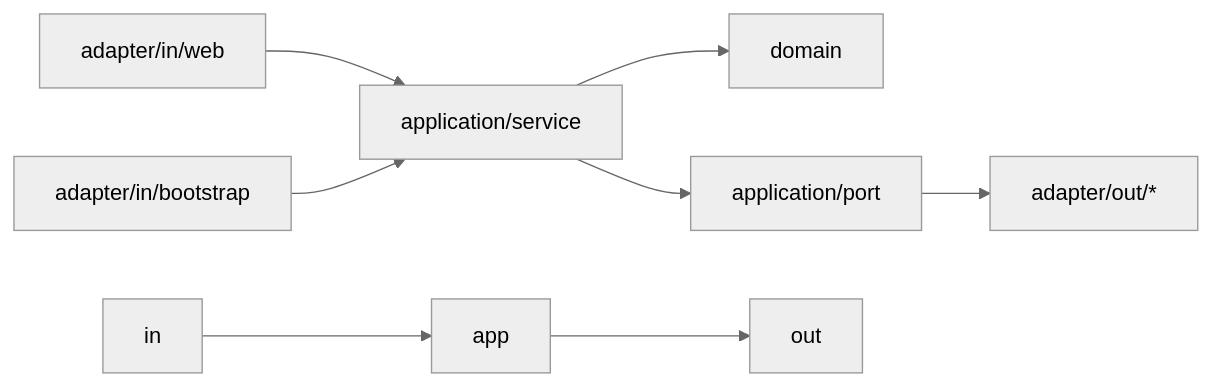
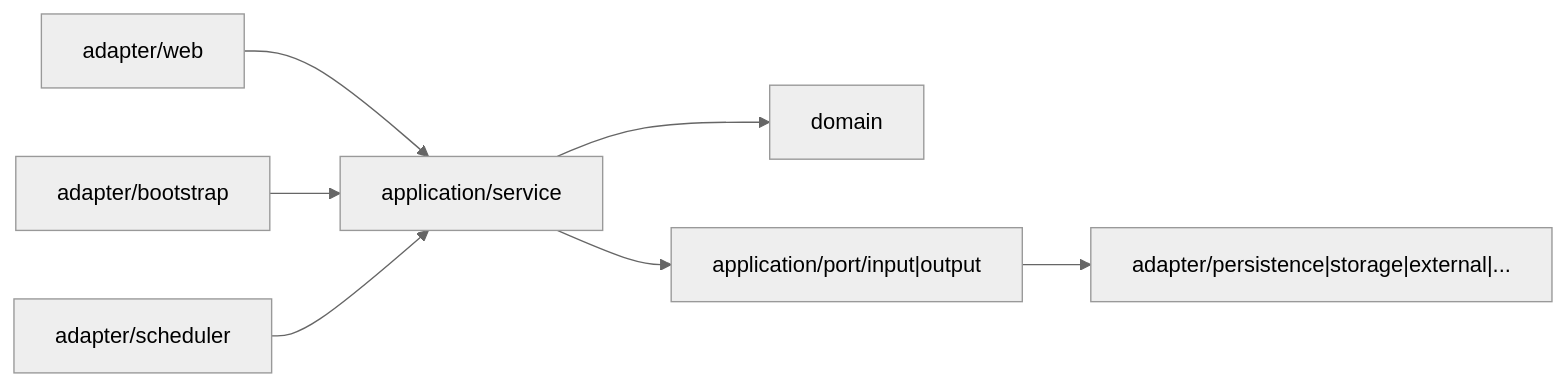
The diagram in docs/design/package-structure.md (AquilaXk/aquila-blog), drawn with Mermaid (neutral theme) before and after one commit. The commit also changed other lines of this file and 244 other files, not shown here.

````diff
--- a/docs/design/package-structure.md
+++ b/docs/design/package-structure.md
@@ -87,10 +83,9 @@
 ```mermaid
 flowchart LR
-    Web["adapter/in/web"] --> Application["application/service"]
-    Bootstrap["adapter/in/bootstrap"] --> Application
+    Web["adapter/web"] --> Application["application/service"]
+    Bootstrap["adapter/bootstrap"] --> Application
+    Job["adapter/scheduler"] --> Application
     Application --> Domain["domain"]
-    Application --> Port["application/port"]
-    Port --> AdapterOut["adapter/out/*"]
-    LegacyIn["in"] --> LegacyApp["app"]
-    LegacyApp --> LegacyOut["out"]
+    Application --> Port["application/port/input|output"]
+    Port --> AdapterOut["adapter/persistence|storage|external|..."]
 ```
````
